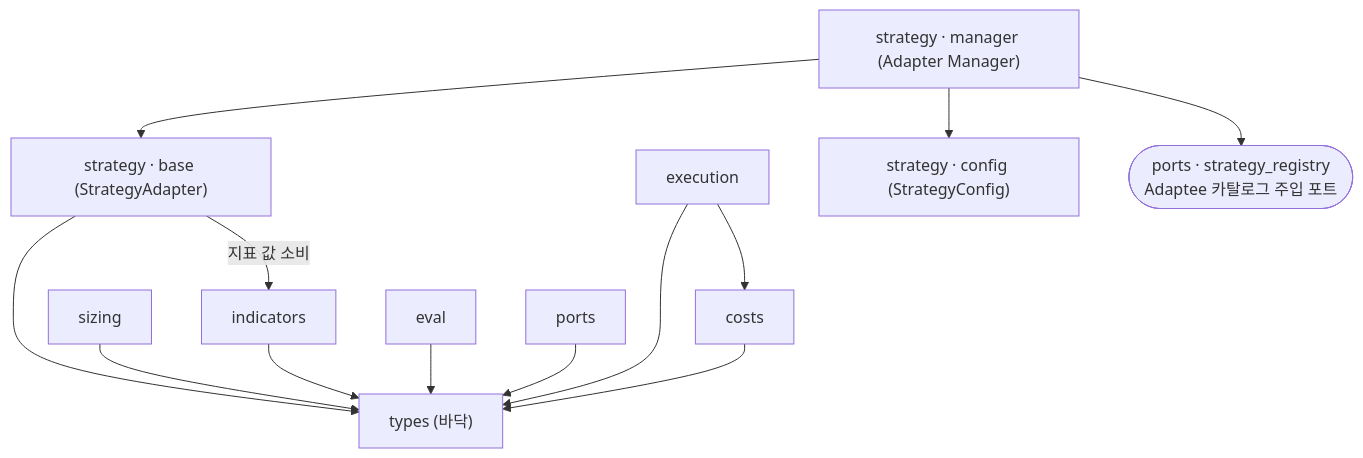
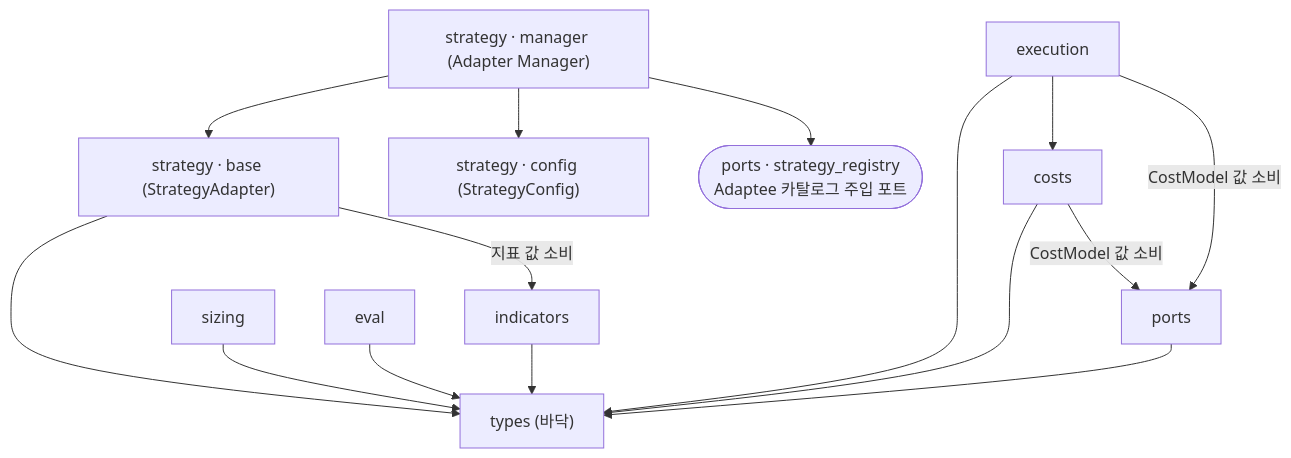
Before and after one commit to vessel35/trading-system-v2: the second of 28 diagrams in docs/fullspec/backtest_v2_detailed_design.md, drawn with Mermaid. The commit also changed other lines of this file and 2 other files, not shown here.

````diff
--- a/docs/fullspec/backtest_v2_detailed_design.md
+++ b/docs/fullspec/backtest_v2_detailed_design.md
@@ -404,27 +410,29 @@
 ```mermaid
 flowchart TD
     TYPES["types (바닥)"]
     IND["indicators"]
     SIZ["sizing"]
     CST["costs"]
     EVAL["eval"]
     PORT["ports"]
     STRAT["strategy · base (StrategyAdapter)"]
     EXE["execution"]
     MGR["strategy · manager (Adapter Manager)"]
     CFG["strategy · config (StrategyConfig)"]
     REG(["ports · strategy_registry<br/>Adaptee 카탈로그 주입 포트"])
 
     IND --> TYPES
     SIZ --> TYPES
     CST --> TYPES
+    CST -->|CostModel 값 소비| PORT
     EVAL --> TYPES
     PORT --> TYPES
     STRAT --> TYPES
     STRAT -->|지표 값 소비| IND
     EXE --> TYPES
     EXE --> CST
+    EXE -->|CostModel 값 소비| PORT
     MGR --> STRAT
     MGR --> CFG
     MGR --> REG
 ```
````
